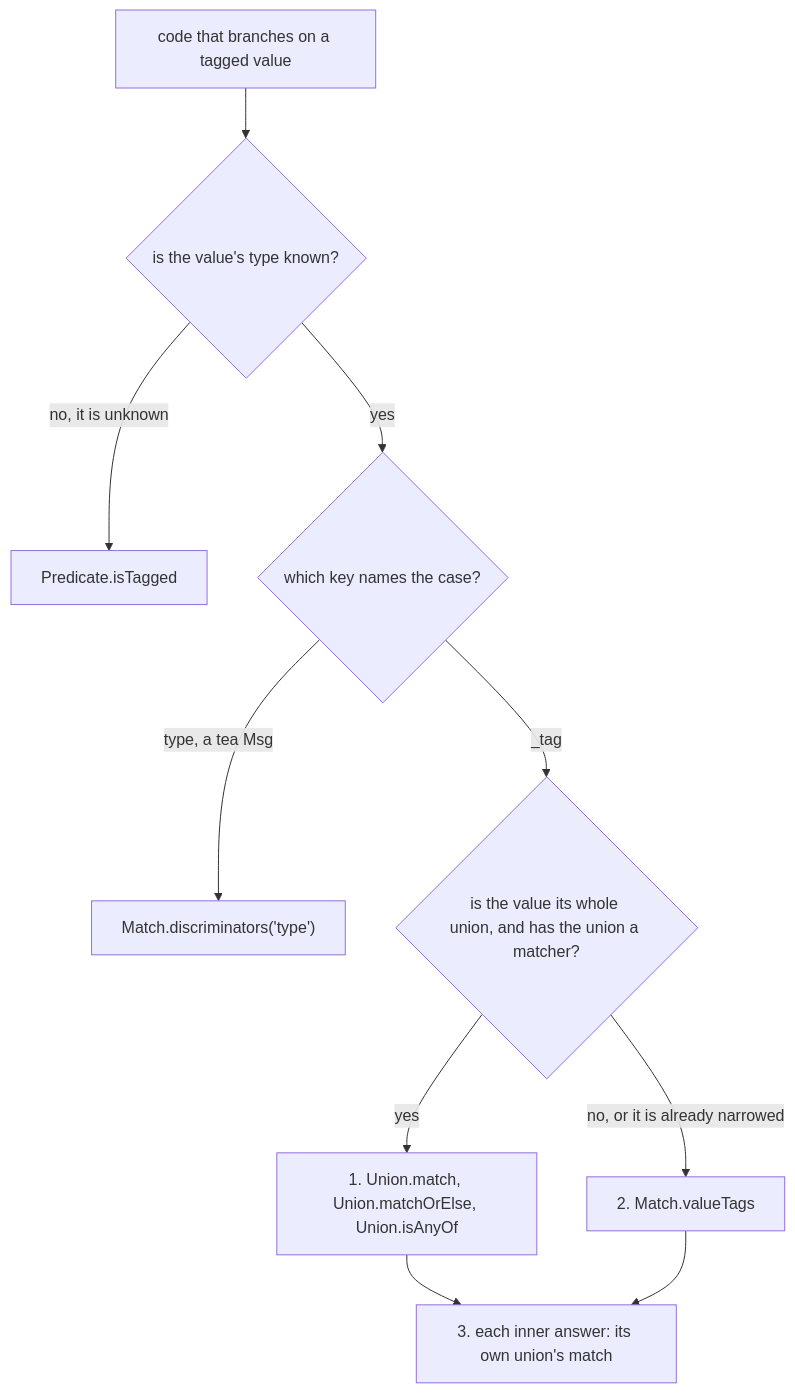
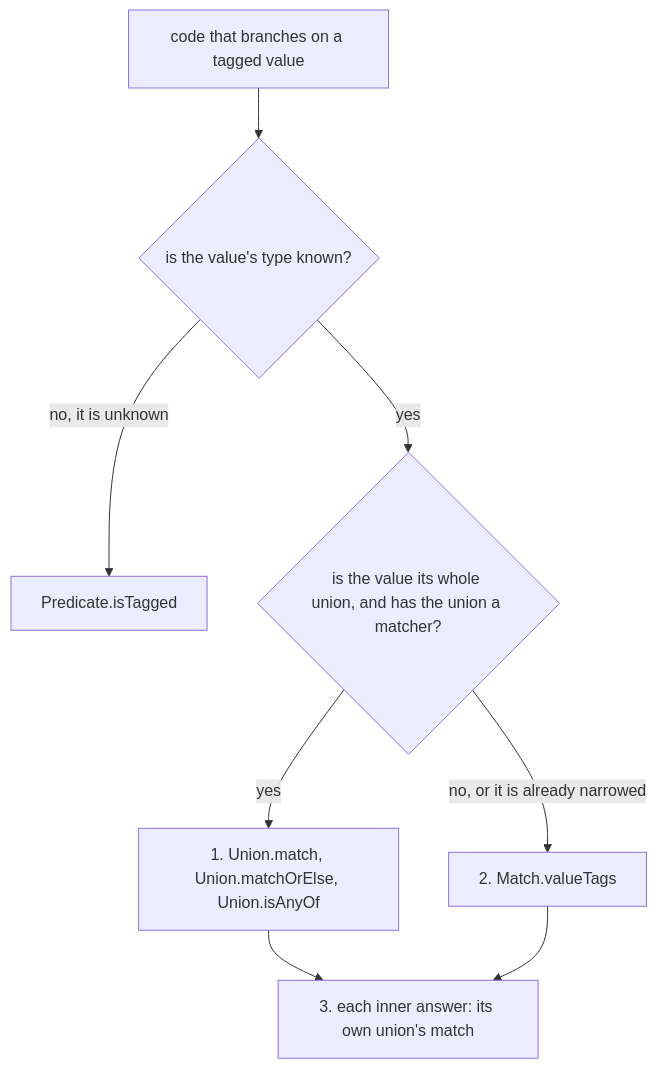
One commit to kamp-us/tea-fabrika changed the diagram in .patterns/effect-tagged-value-is-matched.md. Above: the diagram before and after it, drawn with Mermaid. The commit also changed other lines of this file and 8 other files, not shown here.

Commit message:
T1061 build: the glossary, the tagged-value pattern and the direction notes say a tea Msg is keyed _tag in next/

````diff
--- a/.patterns/effect-tagged-value-is-matched.md
+++ b/.patterns/effect-tagged-value-is-matched.md
@@ -8,12 +8,10 @@
 ```mermaid
 flowchart TD
   value["code that branches on a tagged value"] --> known{"is the value's type known?"}
   known -- "no, it is unknown" --> guard["Predicate.isTagged"]
-  known -- yes --> key{"which key names the case?"}
-  key -- "type, a tea Msg" --> msg["Match.discriminators('type')"]
-  key -- "_tag" --> own{"is the value its whole union, and has the union a matcher?"}
+  known -- yes --> own{"is the value its whole union, and has the union a matcher?"}
   own -- yes --> first["1. Union.match, Union.matchOrElse, Union.isAnyOf"]
   own -- "no, or it is already narrowed" --> second["2. Match.valueTags"]
   first --> inner["3. each inner answer: its own union's match"]
   second --> inner
 ```
````
